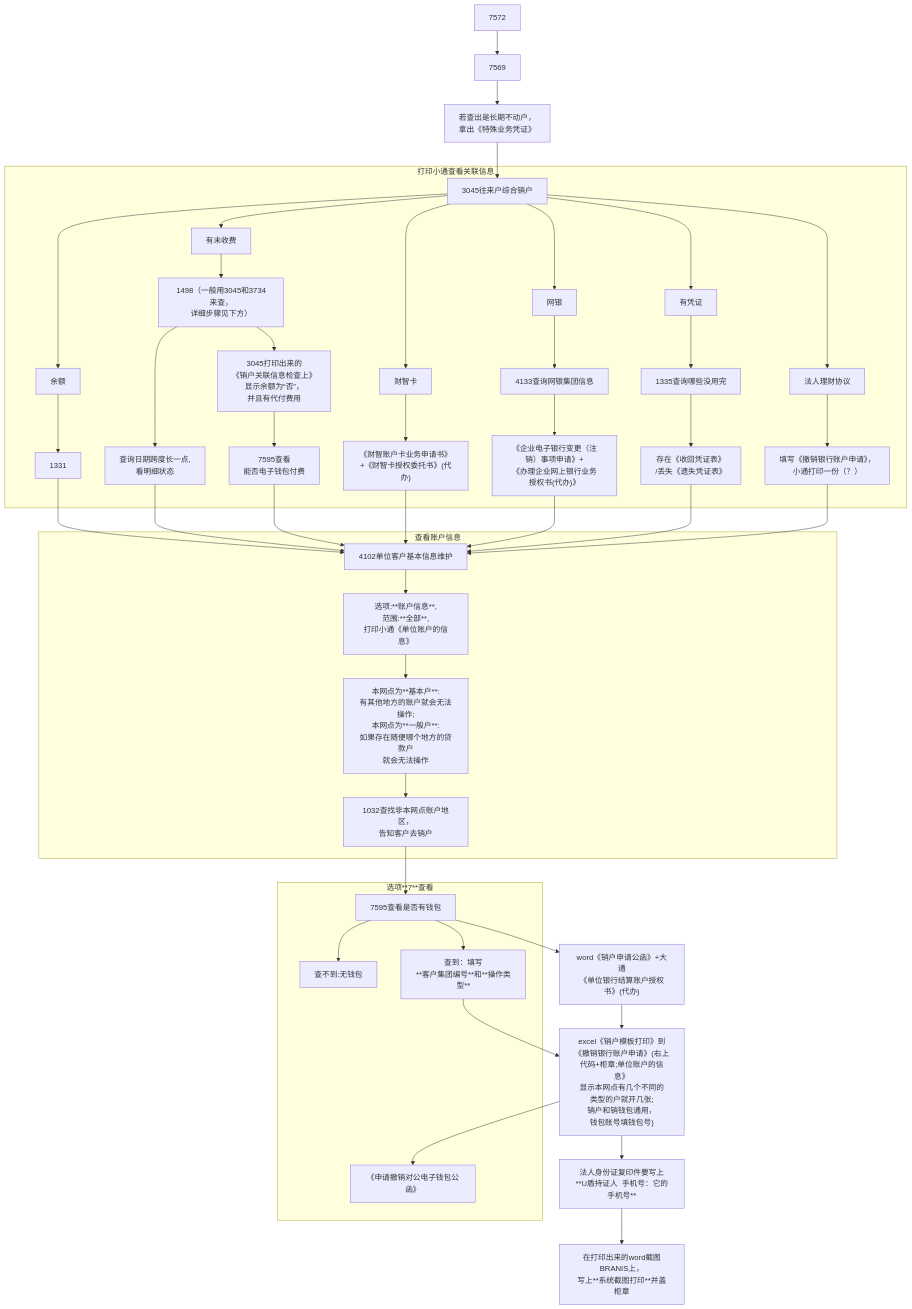
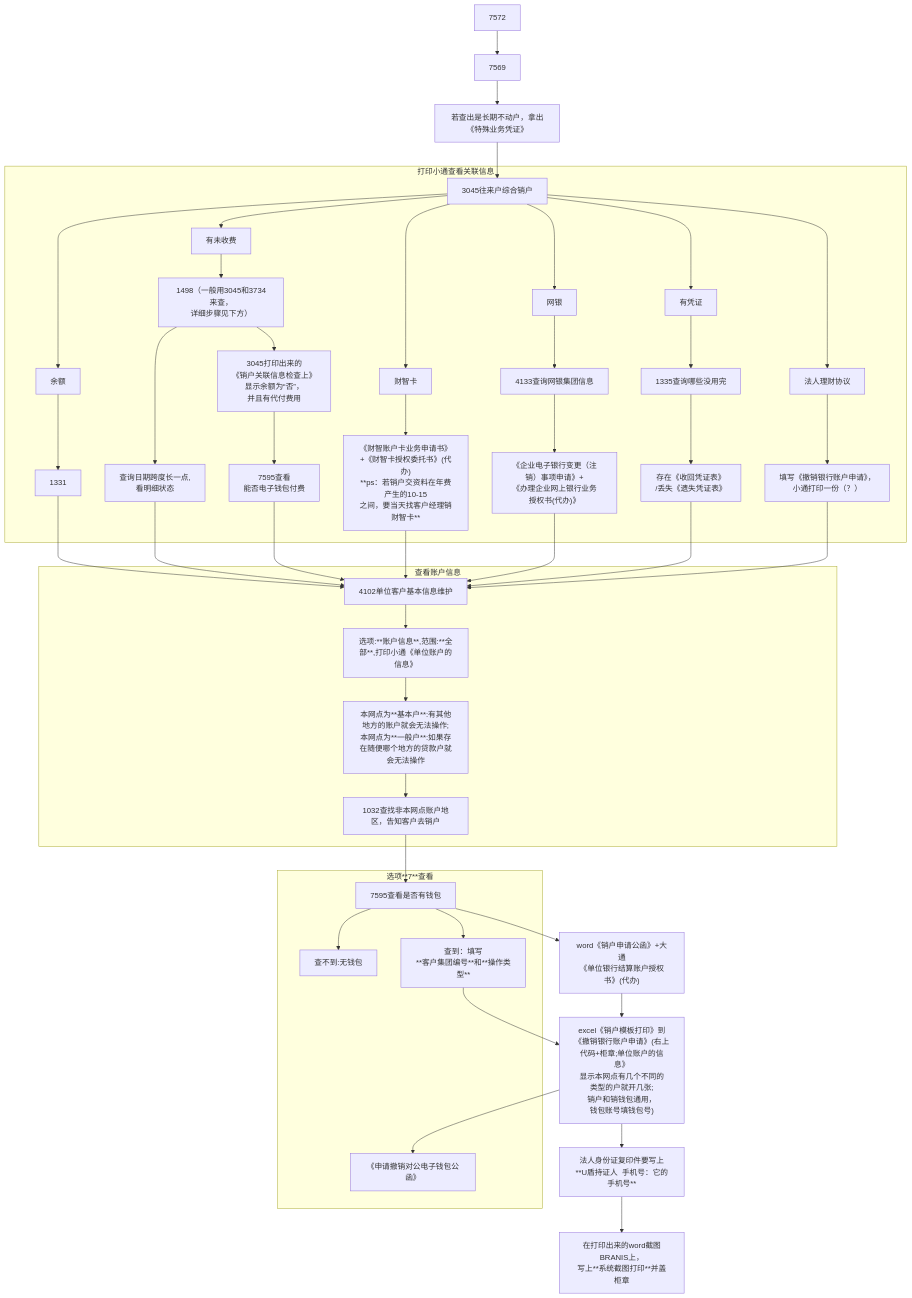
The seventh of 14 diagrams in docs/src/Notes/Finance/1100/20250828.md (4triumph/blog), drawn with Mermaid before and after one commit. The commit also changed other lines of this file, not shown here.

````diff
--- a/docs/src/Notes/Finance/1100/20250828.md
+++ b/docs/src/Notes/Finance/1100/20250828.md
@@ -389,77 +386,78 @@
 ```mermaid
 graph TD
     A["7572"]
     B["7569"]
     C["3045往来户综合销户"]
     D["余额"]
-
+    
     E["1331"]
     F["有未收费"]
     G["1498（一般用3045和3734来查，<br>详细步骤见下方）"]
     H["查询日期跨度长一点,<br>看明细状态"]
     I["财智卡"]
-    J["《财智账户卡业务申请书》<br>+《财智卡授权委托书》(代办)"]
+    J["《财智账户卡业务申请书》<br>+《财智卡授权委托书》(代办)<br>**ps：若销户交资料在年费产生的10-15<br>之间，要当天找客户经理销财智卡**"]
     K["网银"]
     L["4133查询网银集团信息"]
     M["《企业电子银行变更（注销）事项申请》+<br>《办理企业网上银行业务<br>授权书(代办)》"]
     N["有凭证"]
     O["1335查询哪些没用完"]
     P["存在《收回凭证表》<br>/丢失《遗失凭证表》"]
     Q["4102单位客户基本信息维护"]
-    R["选项:**账户信息**,<br>范围:**全部**,<br>打印小通《单位账户的信息》"]
-    S["本网点为**基本户**:<br>有其他地方的账户就会无法操作;<br>本网点为**一般户**:<br>如果存在随便哪个地方的贷款户<br>就会无法操作"]
-    T["1032查找非本网点账户地区，<br>告知客户去销户"]
+    R["选项:**账户信息**,范围:**全部**,打印小通《单位账户的信息》"]
+    S["本网点为**基本户**:有其他地方的账户就会无法操作;<br>本网点为**一般户**:如果存在随便哪个地方的贷款户就会无法操作"]
+    T["1032查找非本网点账户地区，告知客户去销户"]
     U["7595查看是否有钱包"]
     V["查不到:无钱包"]
     W["查到：填写<br>**客户集团编号**和**操作类型**"]
     X["excel《销户模板打印》到<br>《撤销银行账户申请》(右上<br>代码+柜章;单位账户的信息》<br>显示本网点有几个不同的<br>类型的户就开几张;<br>销户和销钱包通用，<br>钱包账号填钱包号)"]
     Y["《申请撤销对公电子钱包公函》"]
     Z["word《销户申请公函》+大通<br>《单位银行结算账户授权书》(代办)"]
-    a["若查出是长期不动户，<br>拿出《特殊业务凭证》"]
+    a["若查出是长期不动户，拿出《特殊业务凭证》"]
     b["3045打印出来的<br>《销户关联信息检查上》<br>显示余额为“否”，<br>并且有代付费用"]
     c["7595查看<br>能否电子钱包付费"]
     d["法人身份证复印件要写上<br>**U盾持证人  手机号：它的手机号**"]
     e["在打印出来的word截图BRANIS上，<br>写上**系统截图打印**并盖柜章"]
     f["法人理财协议"]
     g["填写《撤销银行账户申请》，<br>小通打印一份（？）"]
+    
 
     A --> B
     B --> a --> C
 
     subgraph 打印小通查看关联信息
         C --> D --> E
         C --> F --> G --> H
         C --> I --> J
         C --> K --> L --> M
         C --> N --> O --> P
         G --> b --> c
         C --> f --> g
     end
 
     E --> Q
     H --> Q
     c --> Q
     J --> Q
     M --> Q
     P --> Q
     g --> Q
-
+    
 
     subgraph 查看账户信息
         Q --> R --> S --> T
     end
 
     T --> U
 
     subgraph 选项**7**查看
         U --> V
         U --> W
         Y
     end
 
     U --> Z --> X
     X --> Y
     W --> X
     X --> d --> e
 
 ```
````
